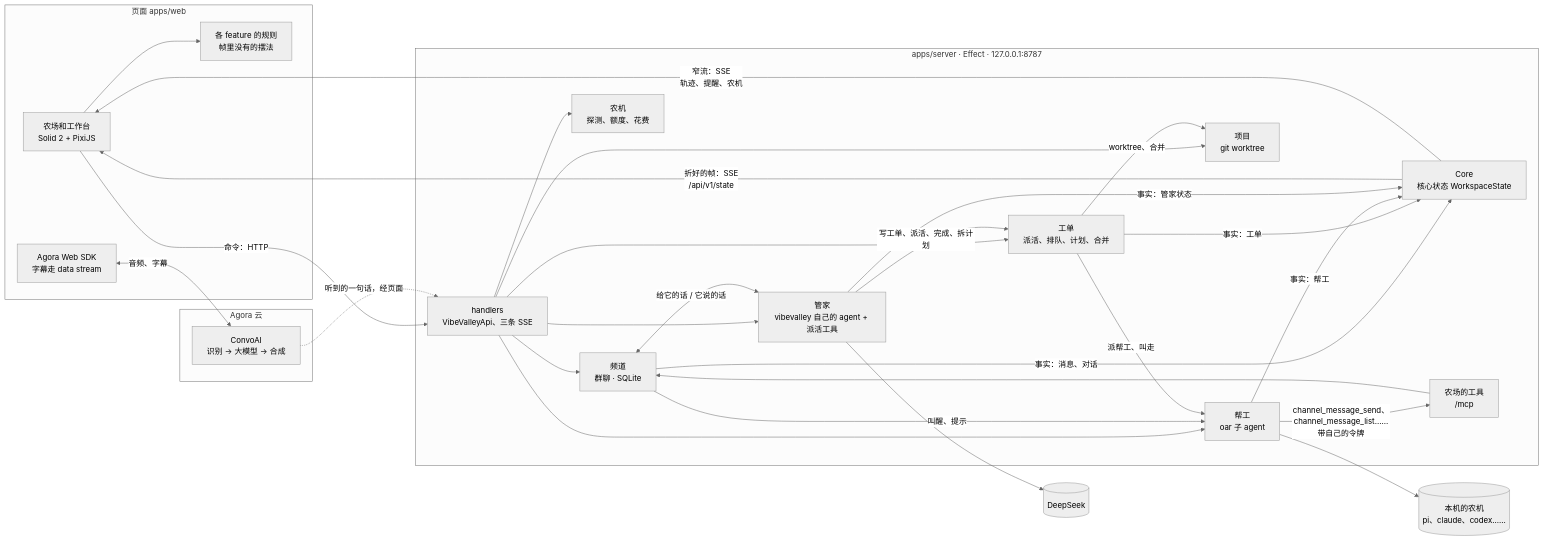
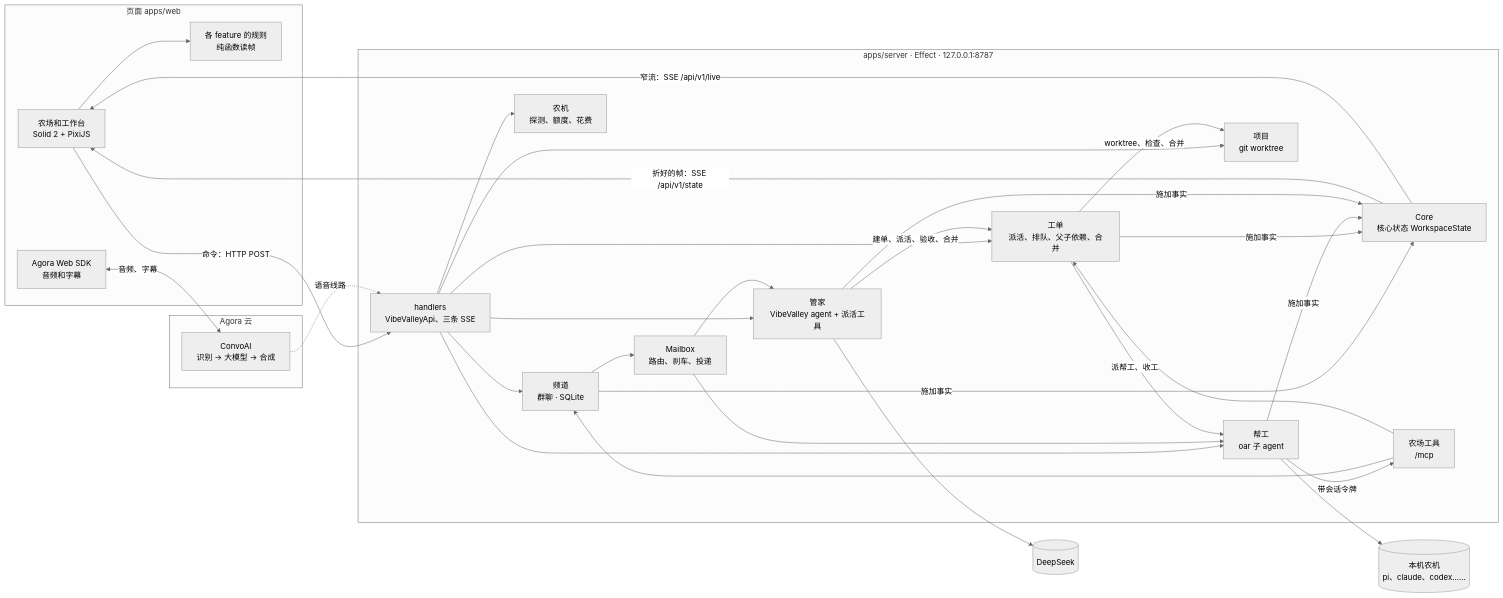
The diagram in docs/architecture.md (vibevalleyhq/vibevalley), drawn with Mermaid (neutral theme) before and after one commit. The commit also changed other lines of this file and 966 other files, not shown here.

````diff
--- a/docs/architecture.md
+++ b/docs/architecture.md
@@ -5,48 +5,46 @@
 ```mermaid
 flowchart LR
   subgraph Page[页面 apps/web]
     UI[农场和工作台<br/>Solid 2 + PixiJS]
-    RULES[各 feature 的规则<br/>帧里没有的摆法]
-    RTC[Agora Web SDK<br/>字幕走 data stream]
+    RULES[各 feature 的规则<br/>纯函数读帧]
+    RTC[Agora Web SDK<br/>音频和字幕]
   end
 
   subgraph Server[apps/server · Effect · 127.0.0.1:8787]
     API[handlers<br/>VibeValleyApi、三条 SSE]
     SITE[Core<br/>核心状态 WorkspaceState]
-    FM[管家<br/>vibevalley 自己的 agent + 派活工具]
+    FM[管家<br/>VibeValley agent + 派活工具]
     CHAT[频道<br/>群聊 · SQLite]
-    MCP[农场的工具<br/>/mcp]
-    TK[工单<br/>派活、排队、计划、合并]
+    MB[Mailbox<br/>路由、刹车、投递]
+    TK[工单<br/>派活、排队、父子依赖、合并]
     CREW[帮工<br/>oar 子 agent]
     PRJ[项目<br/>git worktree]
     RT[农机<br/>探测、额度、花费]
+    MCP[农场工具<br/>/mcp]
   end
 
   subgraph Agora[Agora 云]
     CAI[ConvoAI<br/>识别 → 大模型 → 合成]
   end
 
-  AGENTS[(本机的农机<br/>pi、claude、codex……)]
+  AGENTS[(本机农机<br/>pi、claude、codex……)]
   DS[(DeepSeek)]
 
   UI --> RULES
-  UI -->|命令：HTTP| API
-  SITE -->|折好的帧：SSE<br/>/api/v1/state| UI
-  SITE -->|窄流：SSE<br/>轨迹、提醒、农机| UI
+  UI -->|命令：HTTP POST| API
+  SITE -->|折好的帧：SSE /api/v1/state| UI
+  SITE -->|窄流：SSE /api/v1/live| UI
   API --> CHAT & FM & TK & CREW & PRJ & RT
-  CHAT <-->|给它的话 / 它说的话| FM
-  CHAT -->|叫醒、提示| CREW
-  CREW -->|channel_message_send、channel_message_list……<br/>带自己的令牌| MCP
-  MCP --> CHAT
-  FM -->|写工单、派活、完成、拆计划| TK
-  TK -->|派帮工、叫走| CREW
-  TK -->|worktree、合并| PRJ
+  CHAT --> MB
+  MB --> FM & CREW
+  CREW -->|带会话令牌| MCP
+  MCP --> CHAT & TK
+  FM -->|建单、派活、验收、合并| TK
+  TK -->|派帮工、收工| CREW
+  TK -->|worktree、检查、合并| PRJ
   CREW --> AGENTS
   FM --> DS
-  CHAT -->|事实：消息、对话| SITE
-  TK -->|事实：工单| SITE
-  CREW -->|事实：帮工| SITE
-  FM -->|事实：管家状态| SITE
+  CHAT & TK & CREW & FM -->|施加事实| SITE
   RTC <-->|音频、字幕| CAI
-  CAI -.->|听到的一句话，经页面| API
+  CAI -.->|语音线路| API
 ```
````
